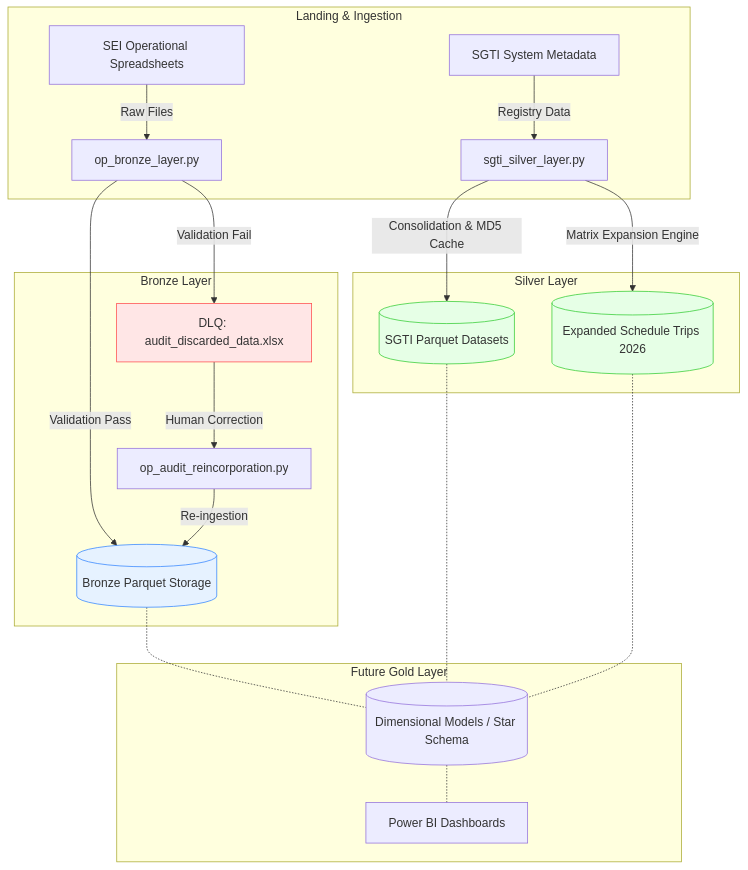
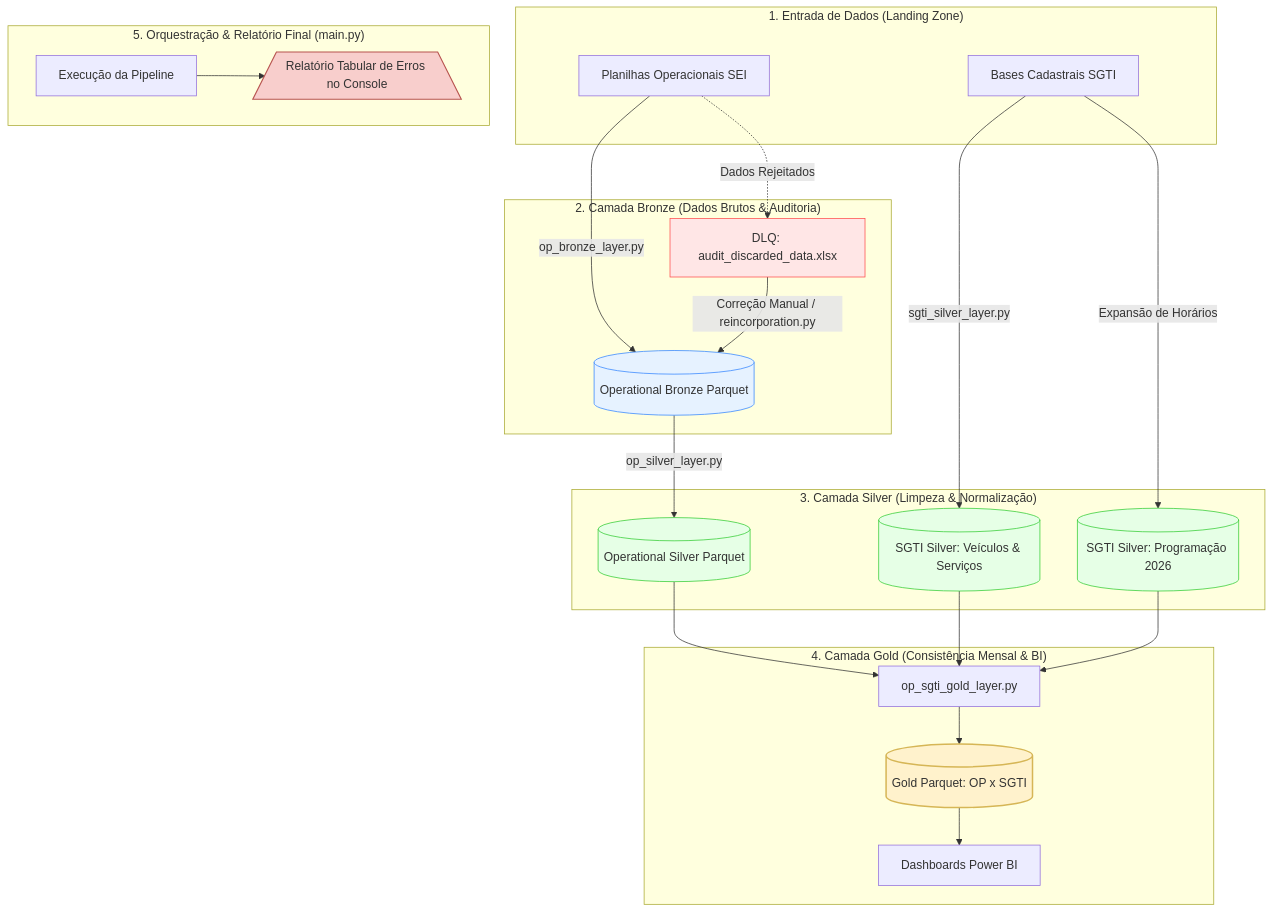
Before and after one commit to lazaroanalytics/data-lakehouse-seinfra: the diagram in README.md, drawn with Mermaid.

Commit message:
Update architecture pipeline in README.md

````diff
--- a/README.md
+++ b/README.md
@@ -11,31 +11,41 @@
 ```mermaid
 flowchart TD
-    subgraph Landing[" Landing & Ingestion "]
-        A[SEI Operational Spreadsheets] -->|Raw Files| B[op_bronze_layer.py]
-        C[SGTI System Metadata] -->|Registry Data| D[sgti_silver_layer.py]
+    subgraph Landing[" 1. Entrada de Dados (Landing Zone) "]
+        A[Planilhas Operacionais SEI]
+        B[Bases Cadastrais SGTI]
     end
 
-    subgraph Bronze[" Bronze Layer "]
-        B -->|Validation Pass| E[(Bronze Parquet Storage)]
-        B -->|Validation Fail| F[DLQ: audit_discarded_data.xlsx]
-        F -->|Human Correction| G[op_audit_reincorporation.py]
-        G -->|Re-ingestion| E
+    subgraph Bronze[" 2. Camada Bronze (Dados Brutos & Auditoria) "]
+        A -->|op_bronze_layer.py| C[(Operational Bronze Parquet)]
+        A -.->|Dados Rejeitados| D[DLQ: audit_discarded_data.xlsx]
+        D -->|Correção Manual / reincorporation.py| C
     end
 
-    subgraph Silver[" Silver Layer "]
-        D -->|Consolidation & MD5 Cache| H[(SGTI Parquet Datasets)]
-        D -->|Matrix Expansion Engine| I[(Expanded Schedule Trips 2026)]
+    subgraph Silver[" 3. Camada Silver (Limpeza & Normalização) "]
+        C -->|op_silver_layer.py| E[(Operational Silver Parquet)]
+        
+        B -->|sgti_silver_layer.py| F[(SGTI Silver: Veículos & Serviços)]
+        B -->|Expansão de Horários| G[(SGTI Silver: Programação 2026)]
     end
 
-    subgraph Gold[" Future Gold Layer "]
-        E -.- K[(Dimensional Models / Star Schema)]
-        H -.- K
-        I -.- K
-        K -.- L[Power BI Dashboards]
+    subgraph Gold[" 4. Camada Gold (Consistência Mensal & BI) "]
+        E --> H[op_sgti_gold_layer.py]
+        F --> H
+        G --> H
+        
+        H --> I[(Gold Parquet: OP x SGTI)]
+        I --> J[Dashboards Power BI]
     end
 
-    style F fill:#ffe6e6,stroke:#ff4d4d,stroke-width:1px
-    style E fill:#e6f2ff,stroke:#3385ff,stroke-width:1px
-    style H fill:#e6ffe6,stroke:#33cc33,stroke-width:1px
-    style I fill:#e6ffe6,stroke:#33cc33,stroke-width:1px
+    subgraph Reporting[" 5. Orquestração & Relatório Final (main.py) "]
+        K[Execução da Pipeline] --> L[/Relatório Tabular de Erros no Console\]
+    end
+
+    style D fill:#ffe6e6,stroke:#ff4d4d,stroke-width:1px
+    style C fill:#e6f2ff,stroke:#3385ff,stroke-width:1px
+    style E fill:#e6ffe6,stroke:#33cc33,stroke-width:1px
+    style F fill:#e6ffe6,stroke:#33cc33,stroke-width:1px
+    style G fill:#e6ffe6,stroke:#33cc33,stroke-width:1px
+    style I fill:#fff2cc,stroke:#d6b656,stroke-width:2px
+    style L fill:#f8cecc,stroke:#b85450,stroke-width:1.5px
 ```
````
